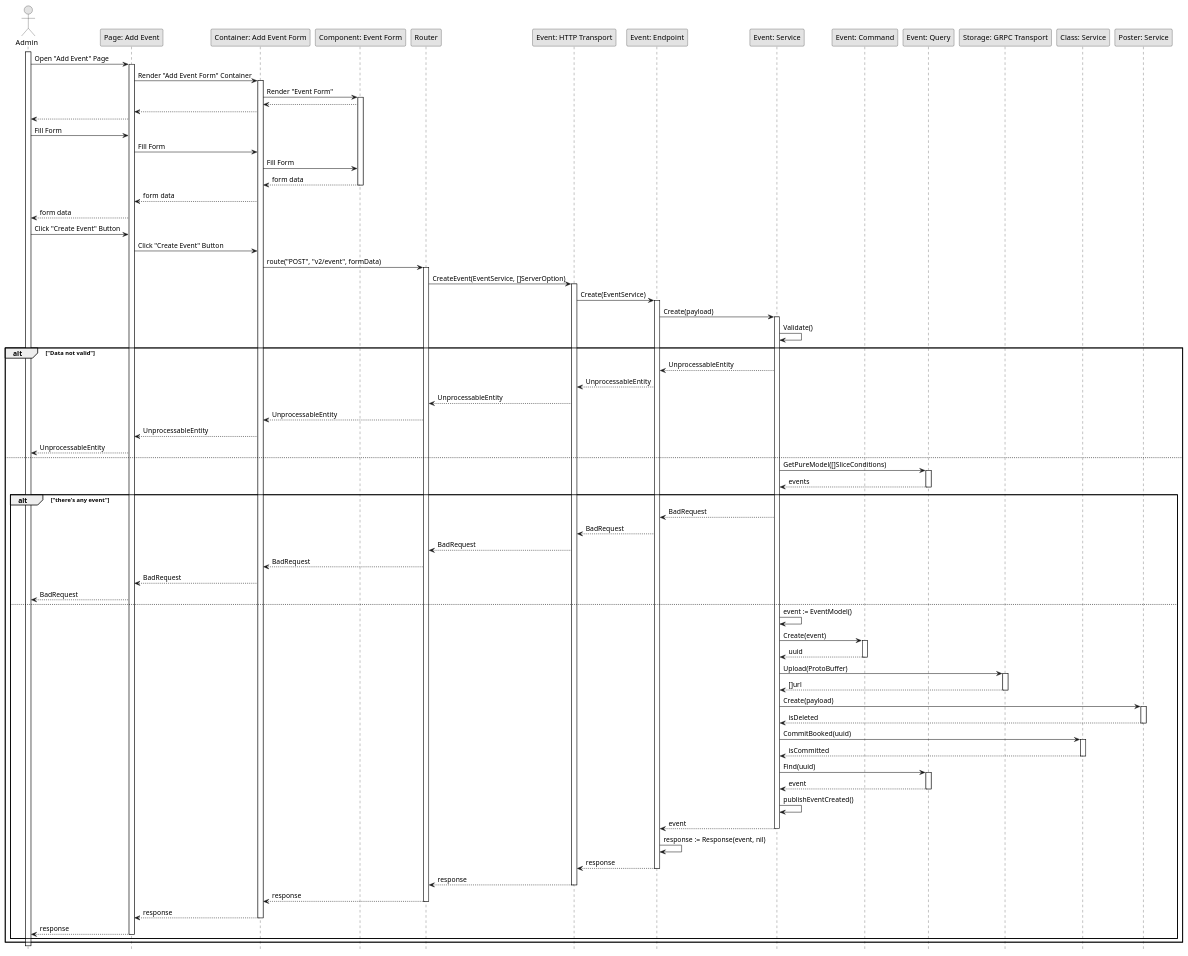
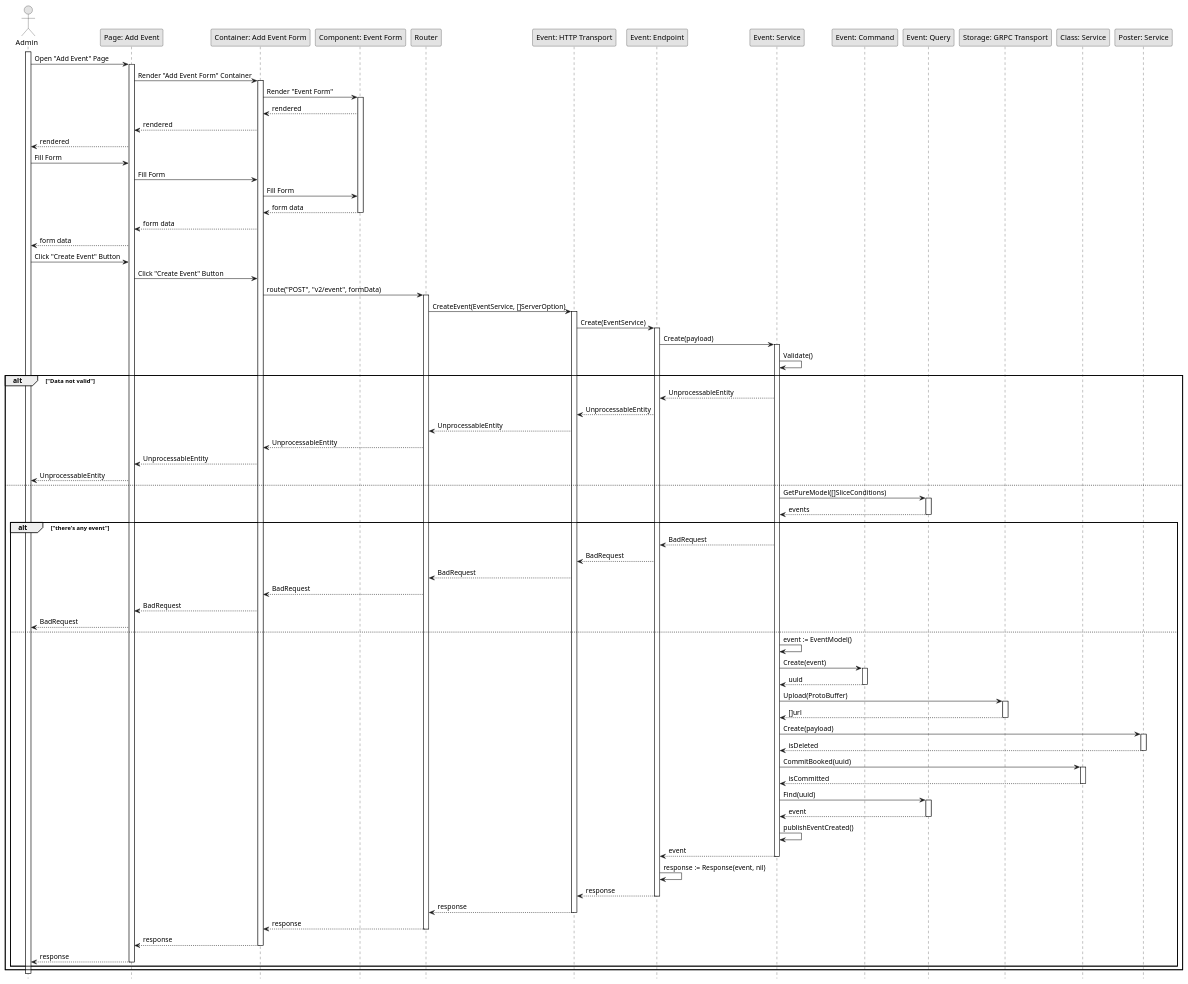
The diagram in Sequence/Release04/CreateEvent.wsd (fwidjaya20/fazzlearning-uml), drawn with PlantUML before and after one commit. The commit also changed 13 other files, not shown here.

Commit message:
fix(sequence): adding return wording

```diff
--- a/Sequence/Release04/CreateEvent.wsd
+++ b/Sequence/Release04/CreateEvent.wsd
@@ -1,118 +1,118 @@
 @startuml CreateEvent
 
 skinparam Monochrome true
 skinparam Shadowing false
 hide footbox
 
 actor Admin
 participant "Page: Add Event" as AddEventPage
 participant "Container: Add Event Form" as AddEventFormContainer
 participant "Component: Event Form" as EventForm
 participant "Router" as Router
 participant "Event: HTTP Transport" as EventHTTPTransport
 participant "Event: Endpoint" as EventEndpoint
 participant "Event: Service" as EventService
 participant "Event: Command" as EventCommand
 participant "Event: Query" as EventQuery
 participant "Storage: GRPC Transport" as StorageGRPCTransport
 participant "Class: Service" as ClassService
 participant "Poster: Service" as PosterService
 
 activate Admin
 
 Admin->AddEventPage: Open "Add Event" Page
 activate AddEventPage
 AddEventPage->AddEventFormContainer: Render "Add Event Form" Container
 activate AddEventFormContainer
 AddEventFormContainer->EventForm: Render "Event Form"
 activate EventForm
-EventForm-->AddEventFormContainer
-AddEventFormContainer-->AddEventPage
-AddEventPage-->Admin
+EventForm-->AddEventFormContainer: rendered
+AddEventFormContainer-->AddEventPage: rendered
+AddEventPage-->Admin: rendered
 
 Admin->AddEventPage: Fill Form
 AddEventPage->AddEventFormContainer: Fill Form
 AddEventFormContainer->EventForm: Fill Form
 EventForm-->AddEventFormContainer: form data
 deactivate EventForm
 AddEventFormContainer-->AddEventPage: form data
 AddEventPage-->Admin: form data
 
 Admin->AddEventPage: Click "Create Event" Button
 AddEventPage->AddEventFormContainer: Click "Create Event" Button
 AddEventFormContainer->Router: route("POST", "v2/event", formData)
 activate Router
 Router->EventHTTPTransport: CreateEvent(EventService, []ServerOption)
 activate EventHTTPTransport
 EventHTTPTransport->EventEndpoint: Create(EventService)
 activate EventEndpoint
 EventEndpoint->EventService: Create(payload)
 activate EventService
 EventService->EventService: Validate()
 
 alt "Data not valid"
     EventService-->EventEndpoint: UnprocessableEntity
     EventEndpoint-->EventHTTPTransport: UnprocessableEntity
     EventHTTPTransport-->Router: UnprocessableEntity
     Router-->AddEventFormContainer: UnprocessableEntity
     AddEventFormContainer-->AddEventPage: UnprocessableEntity
     AddEventPage-->Admin: UnprocessableEntity
 else
     EventService->EventQuery: GetPureModel([]SliceConditions)
     activate EventQuery
     EventQuery-->EventService: events
     deactivate EventQuery
 
     alt "there's any event"
         EventService-->EventEndpoint: BadRequest
         EventEndpoint-->EventHTTPTransport: BadRequest
         EventHTTPTransport-->Router: BadRequest
         Router-->AddEventFormContainer: BadRequest
         AddEventFormContainer-->AddEventPage: BadRequest
         AddEventPage-->Admin: BadRequest
     else
         EventService->EventService: event := EventModel()
         EventService->EventCommand: Create(event)
         activate EventCommand
         EventCommand-->EventService: uuid
         deactivate EventCommand
 
         EventService->StorageGRPCTransport: Upload(ProtoBuffer)
         activate StorageGRPCTransport
         StorageGRPCTransport-->EventService: []url
         deactivate StorageGRPCTransport
 
         EventService->PosterService: Create(payload)
         activate PosterService
         PosterService-->EventService: isDeleted
         deactivate PosterService
 
         EventService->ClassService: CommitBooked(uuid)
         activate ClassService
         ClassService-->EventService: isCommitted
         deactivate ClassService
 
         EventService->EventQuery: Find(uuid)
         activate EventQuery
         EventQuery-->EventService: event
         deactivate EventQuery
         EventService->EventService: publishEventCreated()
         EventService-->EventEndpoint: event
         deactivate EventService
         EventEndpoint->EventEndpoint: response := Response(event, nil)
         EventEndpoint-->EventHTTPTransport: response
         deactivate EventEndpoint
         EventHTTPTransport-->Router: response
         deactivate EventHTTPTransport
         Router-->AddEventFormContainer: response
         deactivate Router
         AddEventFormContainer-->AddEventPage: response
         deactivate AddEventFormContainer
         AddEventPage-->Admin: response
         deactivate AddEventPage
     end
 end
 
 deactivate Admin
 
 @enduml
```
